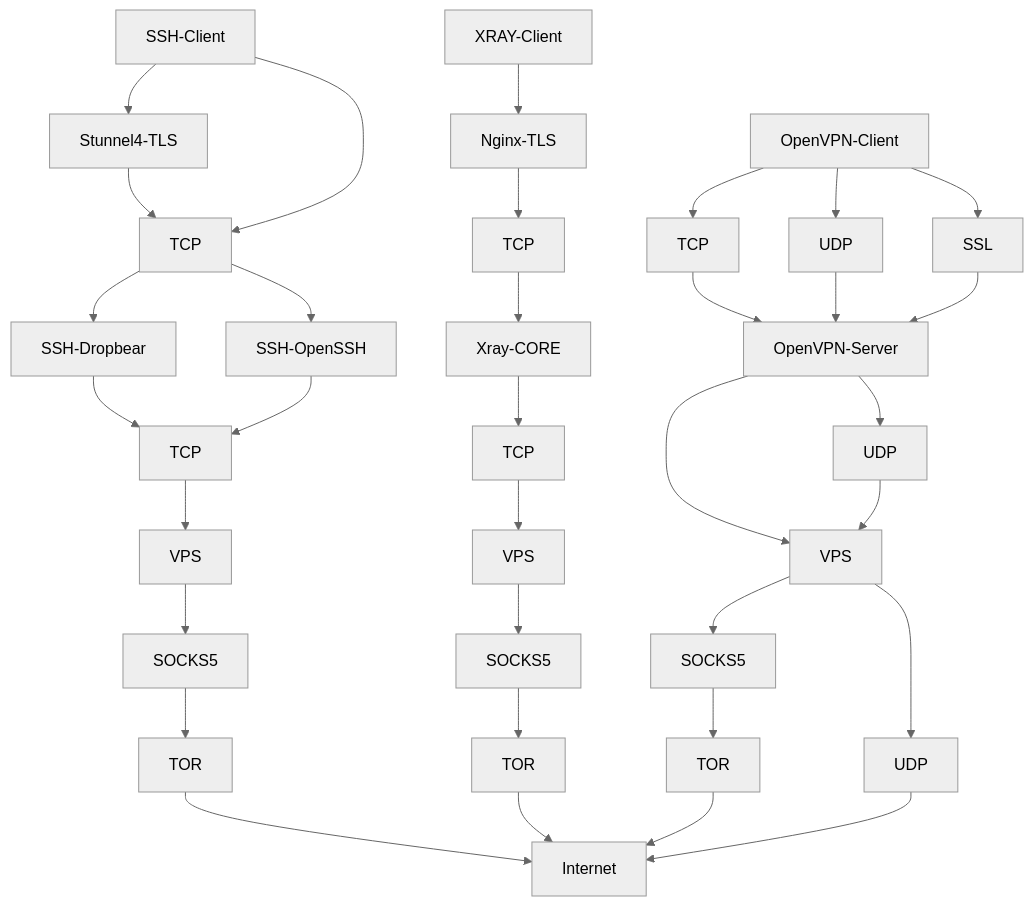
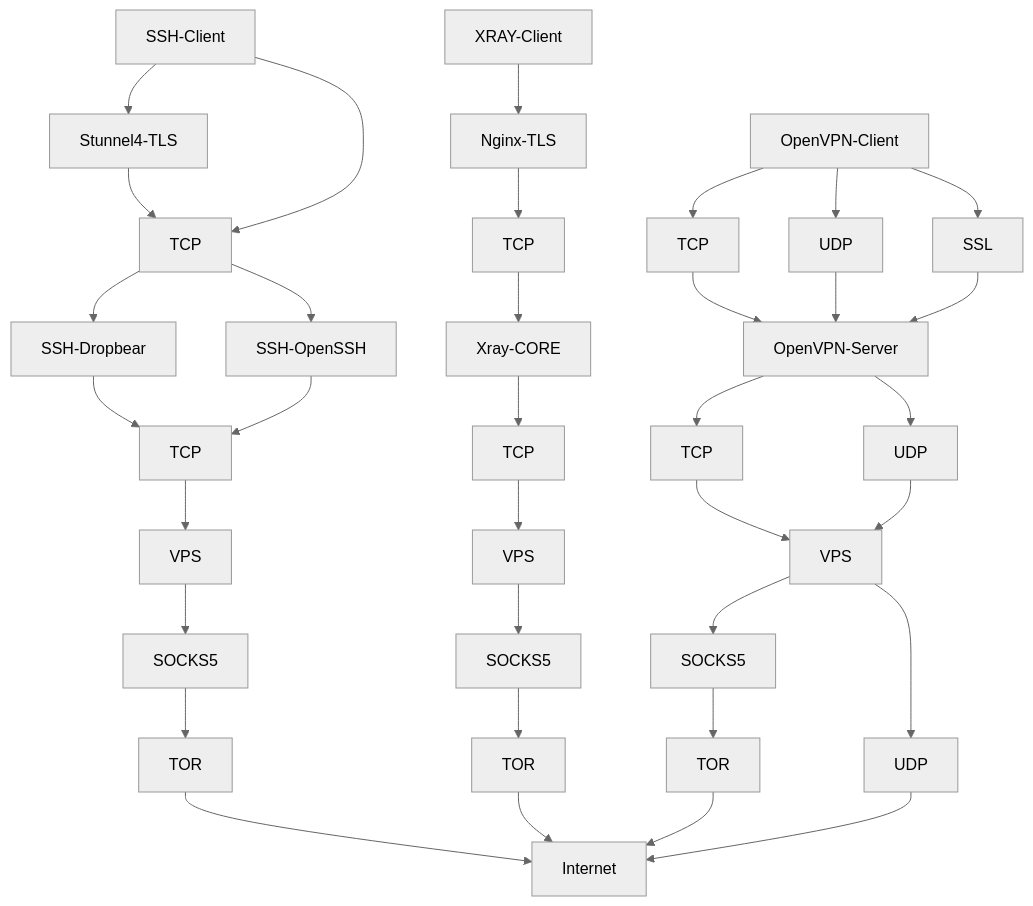
The diagram in ssh/tor.md (givps/AutoScriptXray), drawn with Mermaid (neutral theme) before and after one commit.

````diff
--- a/ssh/tor.md
+++ b/ssh/tor.md
@@ -3,9 +3,9 @@
 ```mermaid
 graph TD;
 1[SSH-Client]-->2[Stunnel4-TLS]-->3[TCP]-->4[SSH-Dropbear]-->6[TCP]-->7[VPS]-->8[SOCKS5]-->9[TOR]-->19[Internet];
 1[SSH-Client]-->3[TCP]-->5[SSH-OpenSSH]-->6[TCP];
 A[XRAY-Client]-->B[Nginx-TLS]-->C[TCP]-->D[Xray-CORE]-->E[TCP]-->F[VPS]-->G[SOCKS5]-->H[TOR]-->19[Internet];
-11[OpenVPN-Client]-->12[TCP]-->15[OpenVPN-Server]-->16[VPS]-->17[SOCKS5]-->18[TOR]-->19[Internet];
+11[OpenVPN-Client]-->12[TCP]-->15[OpenVPN-Server]-->23[TCP]-->16[VPS]-->17[SOCKS5]-->18[TOR]-->19[Internet];
 11[OpenVPN-Client]-->13[UDP]-->15[OpenVPN-Server]-->21[UDP]-->16[VPS]-->22[UDP]-->19[Internet];
 11[OpenVPN-Client]-->14[SSL]-->15[OpenVPN-Server];
 ```
````
